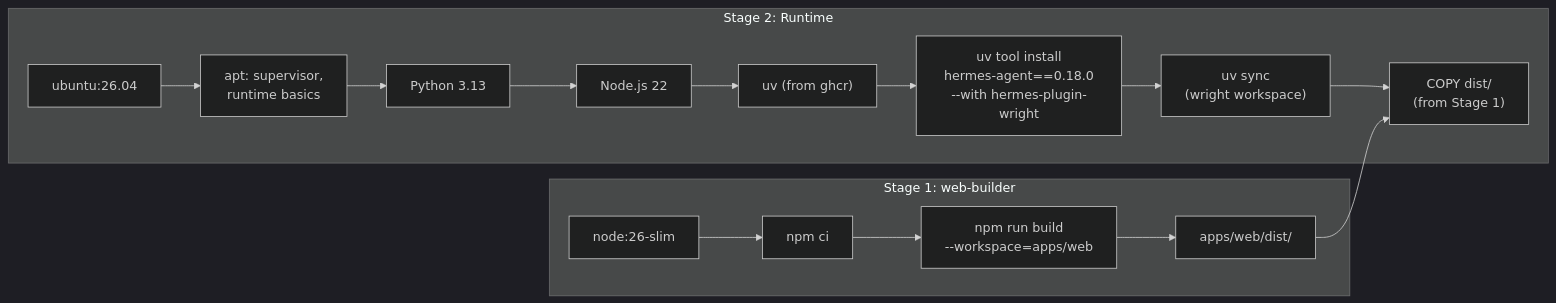
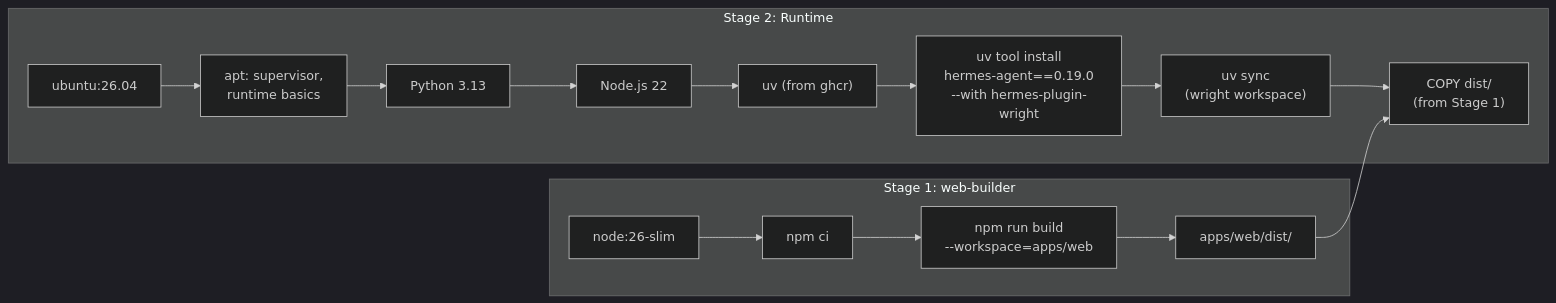
One commit to burhop/wright changed the fourth of 8 diagrams in docs/deployment-configurations.md. Above: the diagram before and after it, drawn with Mermaid (dark theme). The commit also changed other lines of this file and 13 other files, not shown here.

````diff
--- a/docs/deployment-configurations.md
+++ b/docs/deployment-configurations.md
@@ -253,22 +253,22 @@
 ```mermaid
 graph LR
     subgraph "Stage 1: web-builder"
         S1["node:26-slim"]
         S1 --> NPM["npm ci"]
         NPM --> BUILD["npm run build<br/>--workspace=apps/web"]
         BUILD --> DIST["apps/web/dist/"]
     end
 
     subgraph "Stage 2: Runtime"
         S2["ubuntu:26.04"]
         S2 --> SYS["apt: supervisor,<br/>runtime basics"]
         SYS --> PY["Python 3.13"]
         PY --> NODE["Node.js 22"]
         NODE --> UV["uv (from ghcr)"]
-        UV --> HERMES_INSTALL["uv tool install<br/>hermes-agent==0.18.0<br/>--with hermes-plugin-wright"]
+        UV --> HERMES_INSTALL["uv tool install<br/>hermes-agent==0.19.0<br/>--with hermes-plugin-wright"]
         HERMES_INSTALL --> WSYNC["uv sync<br/>(wright workspace)"]
         WSYNC --> COPY_DIST["COPY dist/<br/>(from Stage 1)"]
     end
 
     DIST --> COPY_DIST
 ```
````
